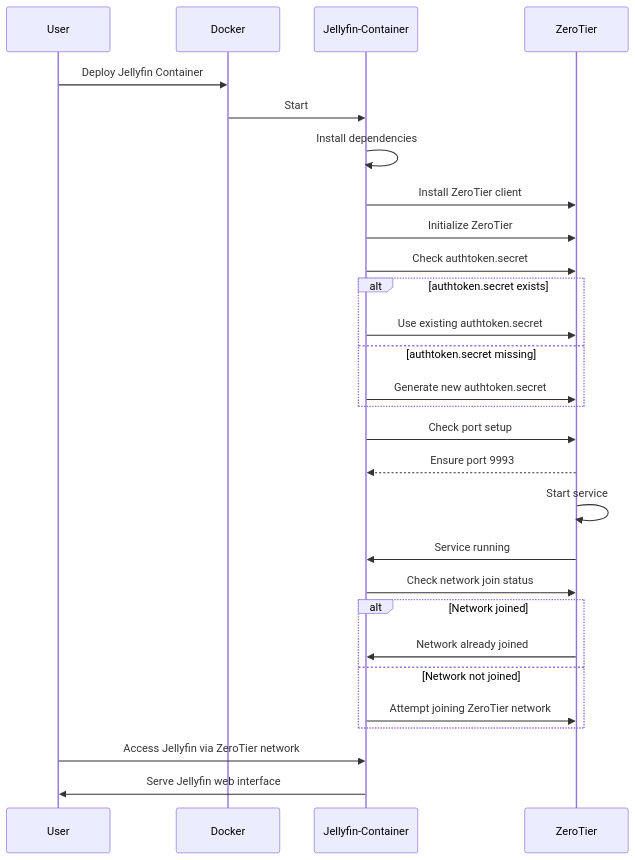
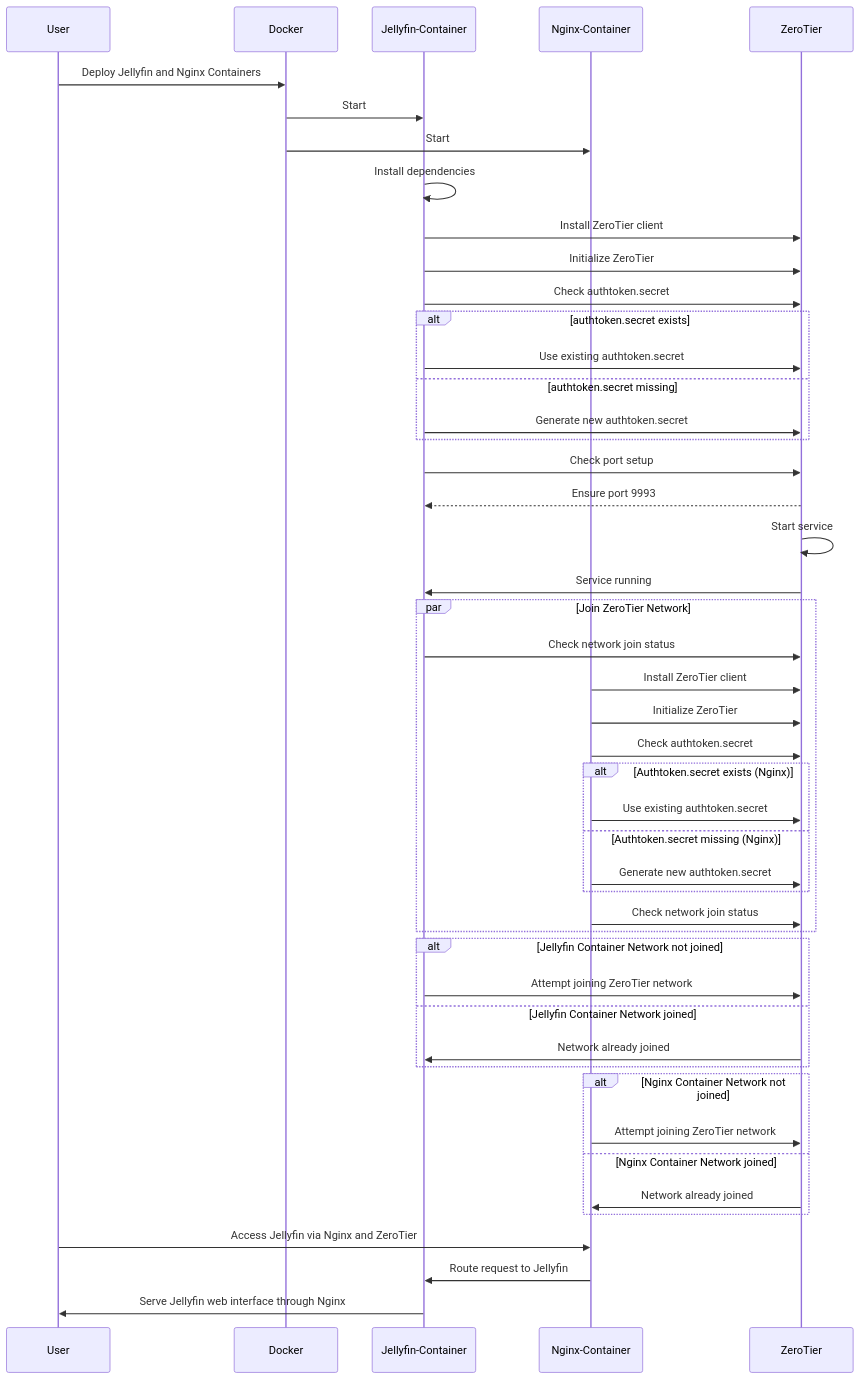
The diagram in sequence-diagram.md (LiemFrans/jellyfin-with-zerotier), drawn with Mermaid before and after one commit. The commit also changed other lines of this file, not shown here.

Commit message:
docs(sequence-diagram.md): update sequence diagram to include Nginx container
Add Nginx container to the deployment process and network setup.
Clarify the flow of requests through Nginx to Jellyfin for better routing.

````diff
--- a/sequence-diagram.md
+++ b/sequence-diagram.md
@@ -1,36 +1,59 @@
 ```mermaid
 sequenceDiagram
     participant User
     participant Docker
     participant Jellyfin-Container
+    participant Nginx-Container
     participant ZeroTier
 
-    User->>Docker: Deploy Jellyfin Container
+    User->>Docker: Deploy Jellyfin and Nginx Containers
     Docker->>Jellyfin-Container: Start
+    Docker->>Nginx-Container: Start
     Jellyfin-Container->>Jellyfin-Container: Install dependencies
     Jellyfin-Container->>ZeroTier: Install ZeroTier client
     Jellyfin-Container->>ZeroTier: Initialize ZeroTier
     Jellyfin-Container->>ZeroTier: Check authtoken.secret
 
     alt authtoken.secret exists
         Jellyfin-Container->>ZeroTier: Use existing authtoken.secret
     else authtoken.secret missing
         Jellyfin-Container->>ZeroTier: Generate new authtoken.secret
     end
-    
+
     Jellyfin-Container->>ZeroTier: Check port setup
     ZeroTier-->>Jellyfin-Container: Ensure port 9993
 
     ZeroTier->>ZeroTier: Start service
     ZeroTier->>Jellyfin-Container: Service running
-    
-    Jellyfin-Container->>ZeroTier: Check network join status
-    alt Network joined
+
+    par Join ZeroTier Network
+        Jellyfin-Container->>ZeroTier: Check network join status
+        Nginx-Container->>ZeroTier: Install ZeroTier client
+        Nginx-Container->>ZeroTier: Initialize ZeroTier
+        Nginx-Container->>ZeroTier: Check authtoken.secret
+
+        alt Authtoken.secret exists (Nginx)
+            Nginx-Container->>ZeroTier: Use existing authtoken.secret
+        else Authtoken.secret missing (Nginx)
+            Nginx-Container->>ZeroTier: Generate new authtoken.secret
+        end
+
+        Nginx-Container->>ZeroTier: Check network join status
+    end
+
+    alt Jellyfin Container Network not joined
+        Jellyfin-Container->>ZeroTier: Attempt joining ZeroTier network
+    else Jellyfin Container Network joined
         ZeroTier->>Jellyfin-Container: Network already joined
-    else Network not joined
-        Jellyfin-Container->>ZeroTier: Attempt joining ZeroTier network
     end
     
-    User->>Jellyfin-Container: Access Jellyfin via ZeroTier network
-    Jellyfin-Container->>User: Serve Jellyfin web interface
+    alt Nginx Container Network not joined
+        Nginx-Container->>ZeroTier: Attempt joining ZeroTier network
+    else Nginx Container Network joined
+        ZeroTier->>Nginx-Container: Network already joined
+    end
+    
+    User->>Nginx-Container: Access Jellyfin via Nginx and ZeroTier
+    Nginx-Container->>Jellyfin-Container: Route request to Jellyfin
+    Jellyfin-Container->>User: Serve Jellyfin web interface through Nginx
 ```
````
